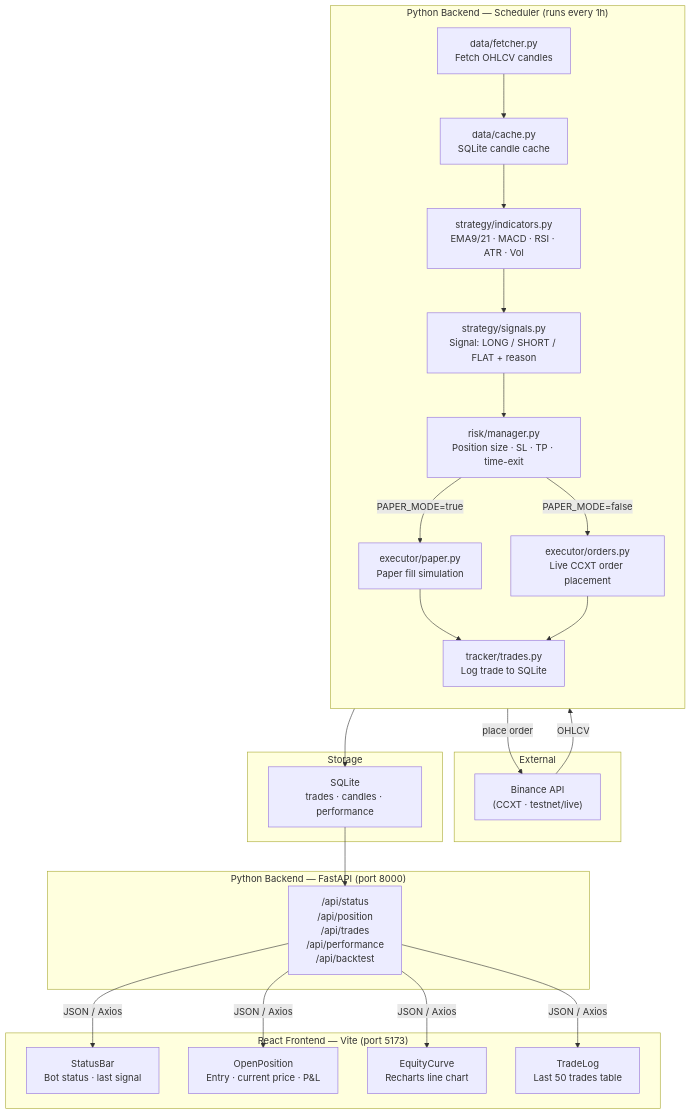
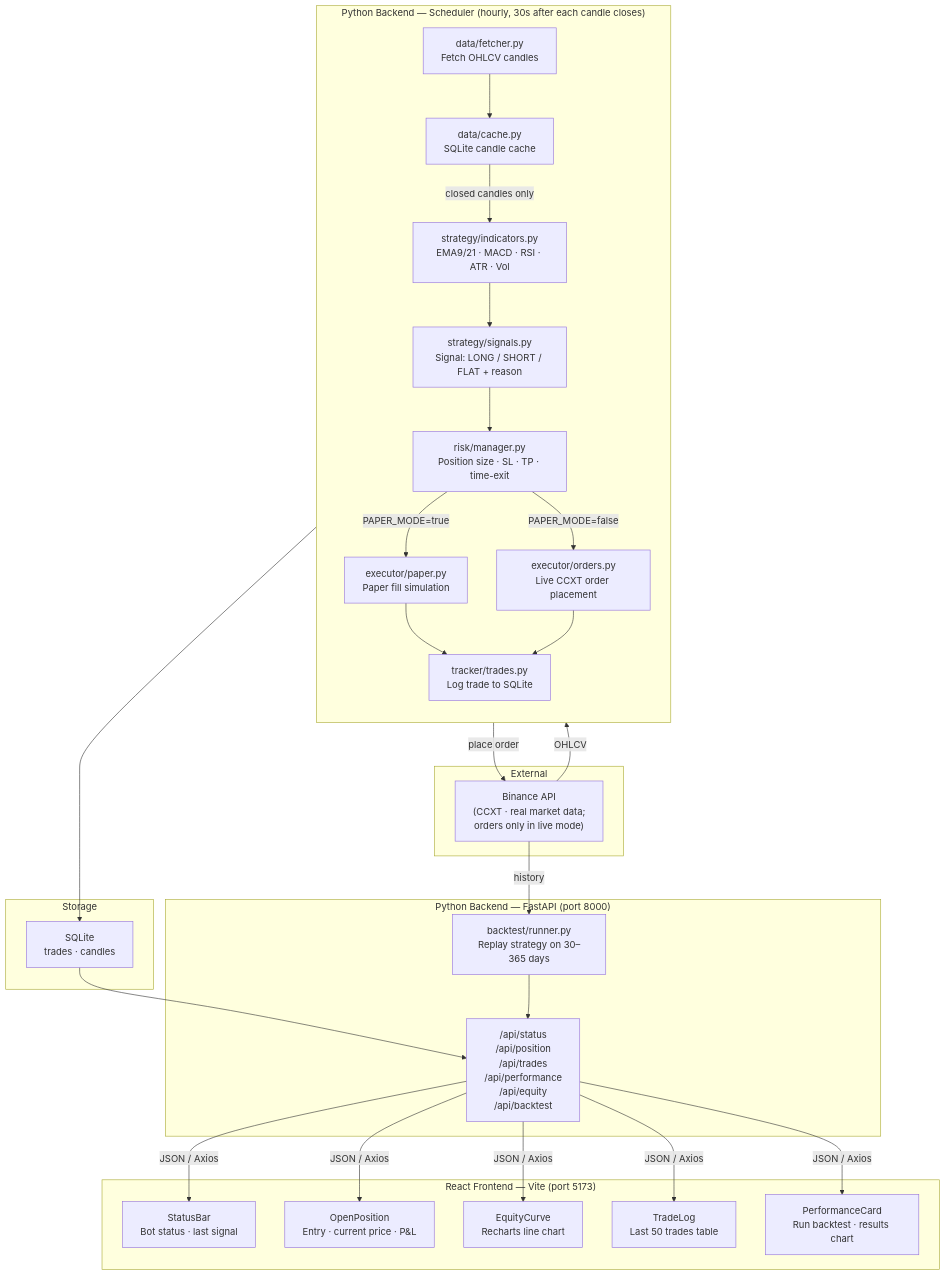
Before and after one commit to joshdevusecase-hue/TradBot: the diagram in PLAN.md, drawn with Mermaid. The commit also changed other lines of this file and 7 other files, not shown here.

First line of the commit message:
fix: judge finished candles from the real market; exit trades on time

````diff
--- a/PLAN.md
+++ b/PLAN.md
@@ -21,50 +21,55 @@
 ```mermaid
 flowchart TD
     subgraph External["External"]
-        BINANCE["Binance API\n(CCXT · testnet/live)"]
+        BINANCE["Binance API\n(CCXT · real market data;\norders only in live mode)"]
     end
 
-    subgraph Scheduler["Python Backend — Scheduler (runs every 1h)"]
+    subgraph Scheduler["Python Backend — Scheduler (hourly, 30s after each candle closes)"]
         direction TB
         FETCH["data/fetcher.py\nFetch OHLCV candles"]
         CACHE["data/cache.py\nSQLite candle cache"]
         IND["strategy/indicators.py\nEMA9/21 · MACD · RSI · ATR · Vol"]
         SIG["strategy/signals.py\nSignal: LONG / SHORT / FLAT + reason"]
         RISK["risk/manager.py\nPosition size · SL · TP · time-exit"]
         EXEC_P["executor/paper.py\nPaper fill simulation"]
         EXEC_L["executor/orders.py\nLive CCXT order placement"]
         TRACK["tracker/trades.py\nLog trade to SQLite"]
     end
 
     subgraph Storage["Storage"]
-        DB["SQLite\ntrades · candles · performance"]
+        DB["SQLite\ntrades · candles"]
     end
 
     subgraph API["Python Backend — FastAPI (port 8000)"]
-        RT["/api/status\n/api/position\n/api/trades\n/api/performance\n/api/backtest"]
+        RT["/api/status\n/api/position\n/api/trades\n/api/performance\n/api/equity\n/api/backtest"]
+        BT["backtest/runner.py\nReplay strategy on 30–365 days"]
     end
 
     subgraph Frontend["React Frontend — Vite (port 5173)"]
         STATUS["StatusBar\nBot status · last signal"]
         POS["OpenPosition\nEntry · current price · P&L"]
         CHART["EquityCurve\nRecharts line chart"]
         LOG["TradeLog\nLast 50 trades table"]
+        PERF["PerformanceCard\nRun backtest · results chart"]
     end
 
     BINANCE -->|OHLCV| FETCH
     FETCH --> CACHE
-    CACHE --> IND
+    CACHE -->|closed candles only| IND
     IND --> SIG
     SIG --> RISK
     RISK -->|PAPER_MODE=true| EXEC_P
     RISK -->|PAPER_MODE=false| EXEC_L
     EXEC_L -->|place order| BINANCE
     EXEC_P --> TRACK
     EXEC_L --> TRACK
     TRACK --> DB
     DB --> RT
     RT -->|JSON / Axios| STATUS
     RT -->|JSON / Axios| POS
     RT -->|JSON / Axios| CHART
     RT -->|JSON / Axios| LOG
+    BINANCE -->|history| BT
+    BT --> RT
+    RT -->|JSON / Axios| PERF
 ```
````
